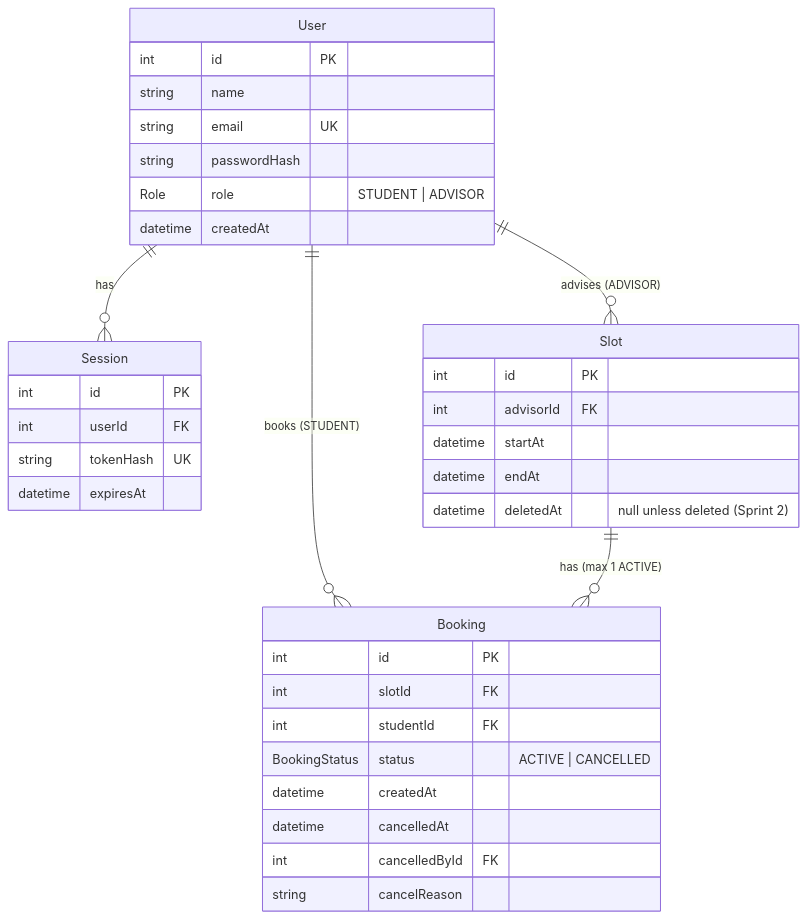
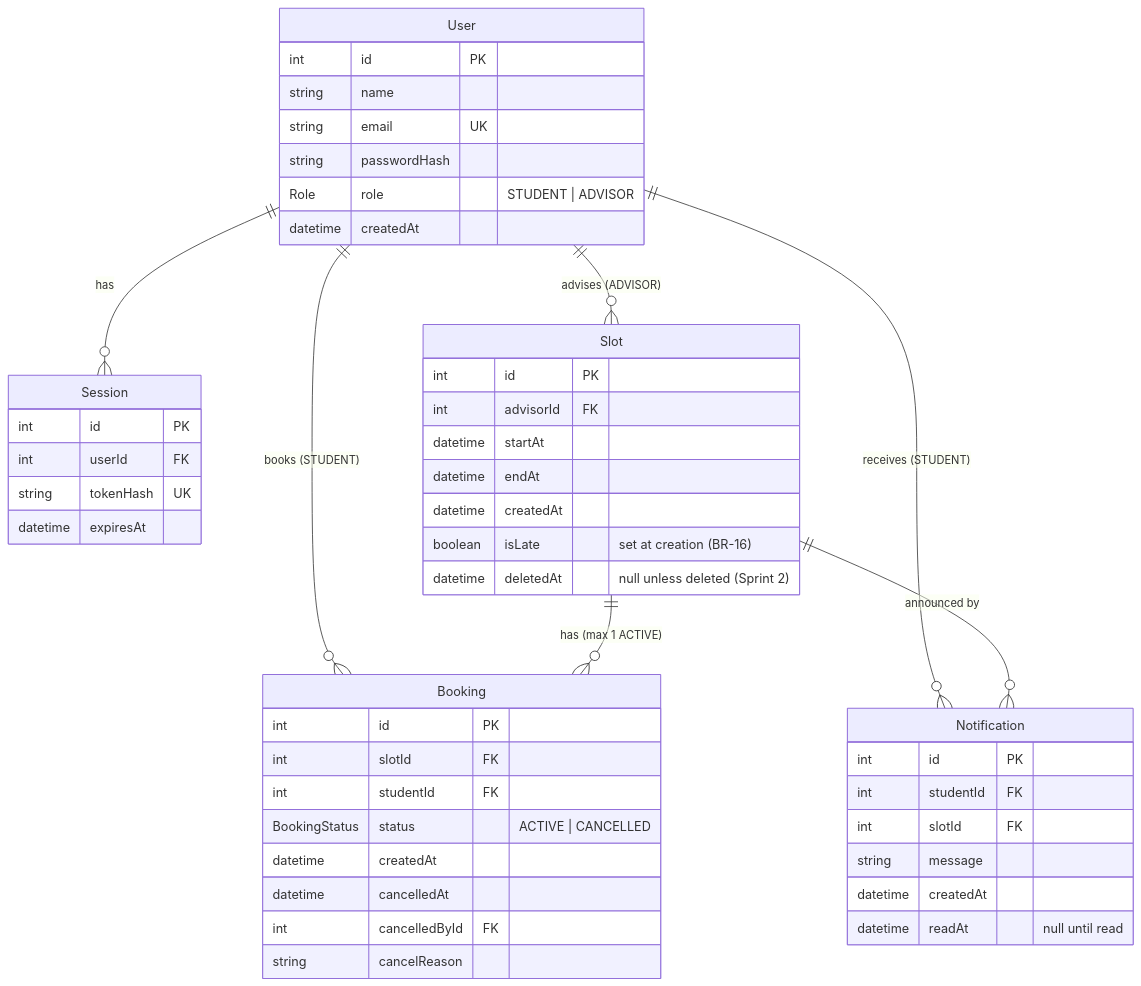
The second of 2 diagrams in docs/system-sds.md (Chanat-888/AdviseSlot), drawn with Mermaid before and after one commit. The commit also changed other lines of this file, not shown here.

````diff
--- a/docs/system-sds.md
+++ b/docs/system-sds.md
@@ -56,38 +57,50 @@
 ```mermaid
 erDiagram
   User ||--o{ Session : has
   User ||--o{ Slot : "advises (ADVISOR)"
   User ||--o{ Booking : "books (STUDENT)"
   Slot ||--o{ Booking : "has (max 1 ACTIVE)"
+  User ||--o{ Notification : "receives (STUDENT)"
+  Slot ||--o{ Notification : "announced by"
   User {
     int id PK
     string name
     string email UK
     string passwordHash
     Role role "STUDENT | ADVISOR"
     datetime createdAt
   }
   Session {
     int id PK
     int userId FK
     string tokenHash UK
     datetime expiresAt
   }
   Slot {
     int id PK
     int advisorId FK
     datetime startAt
     datetime endAt
+    datetime createdAt
+    boolean isLate "set at creation (BR-16)"
     datetime deletedAt "null unless deleted (Sprint 2)"
   }
   Booking {
     int id PK
     int slotId FK
     int studentId FK
     BookingStatus status "ACTIVE | CANCELLED"
     datetime createdAt
     datetime cancelledAt
     int cancelledById FK
     string cancelReason
   }
+  Notification {
+    int id PK
+    int studentId FK
+    int slotId FK
+    string message
+    datetime createdAt
+    datetime readAt "null until read"
+  }
 ```
````
